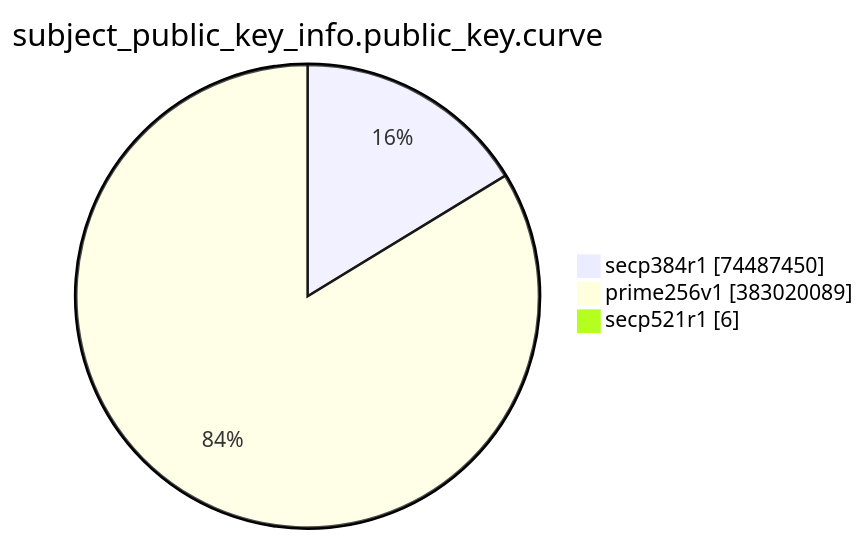
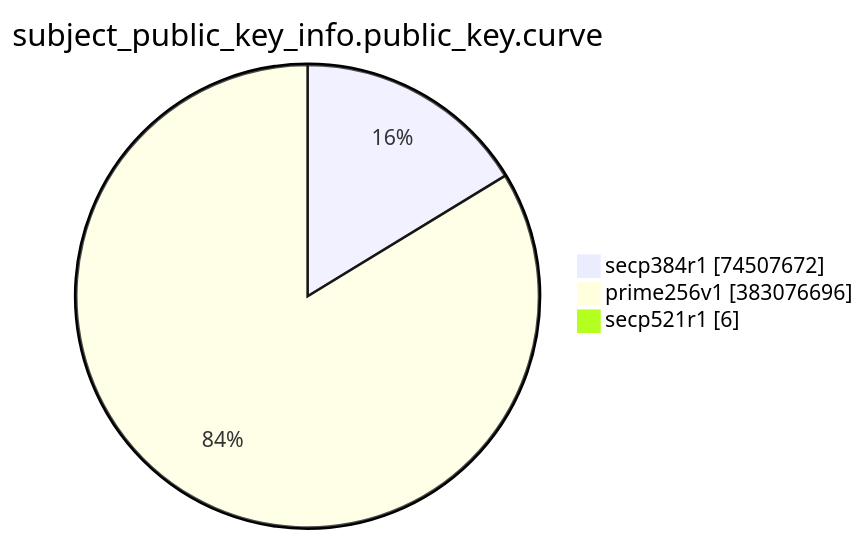
The eighth of 15 diagrams in TOTAL/README.md (christiankrug/ctmonitor_visualization), drawn with Mermaid before and after one commit. The commit also changed other lines of this file, not shown here.

````diff
--- a/TOTAL/README.md
+++ b/TOTAL/README.md
@@ -3094,7 +3094,7 @@
 ```mermaid
 pie showData
 title subject_public_key_info.public_key.curve
-"secp384r1" :74487450
-"prime256v1" :383020089
+"secp384r1" :74507672
+"prime256v1" :383076696
 "secp521r1" :6
 ```
````
